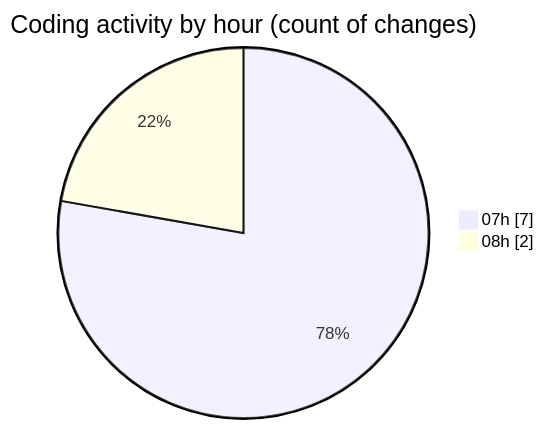
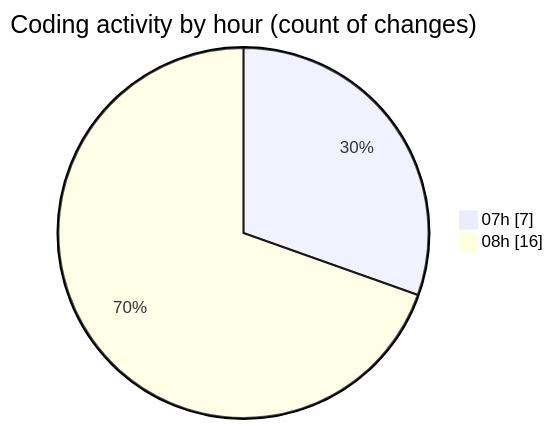
The second of 2 diagrams in 2025-01-29/mbc-web/README.md (robertbonfada/code-tracking), drawn with Mermaid before and after one commit. The commit also changed other lines of this file and 1 other file, not shown here.

````diff
--- a/2025-01-29/mbc-web/README.md
+++ b/2025-01-29/mbc-web/README.md
@@ -34,6 +39,6 @@
 ```mermaid
 pie showData
 title Coding activity by hour (count of changes)
 "07h" : 7
-"08h" : 2
+"08h" : 16
 ```
````
